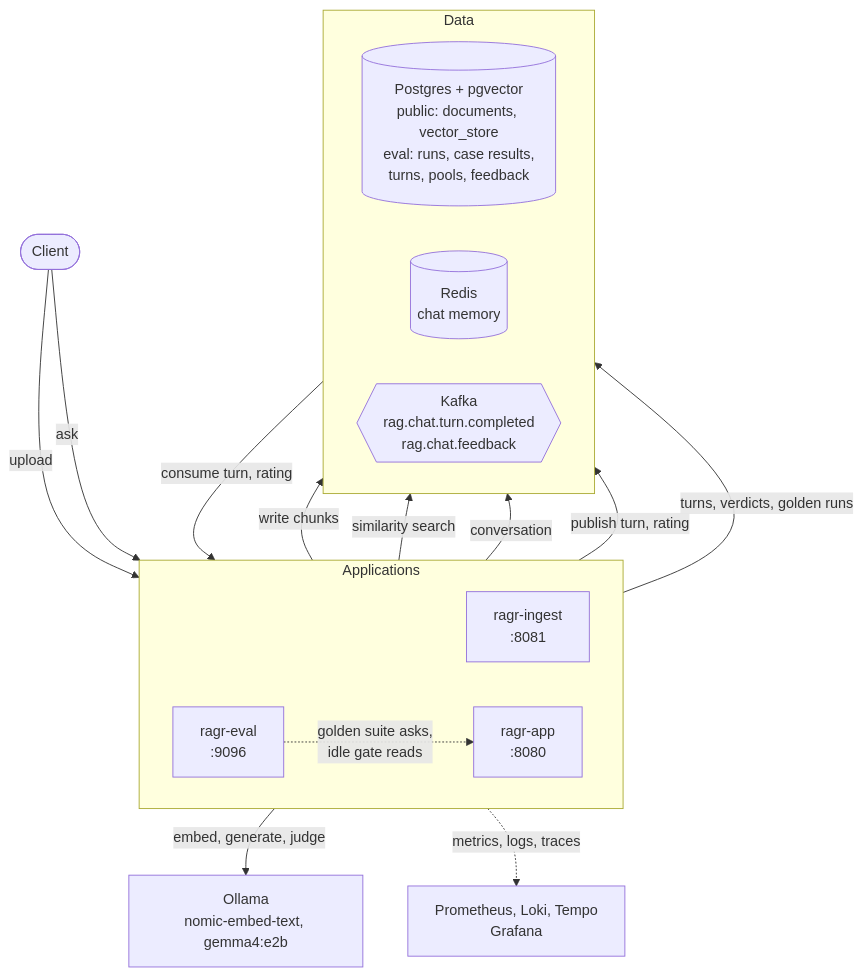
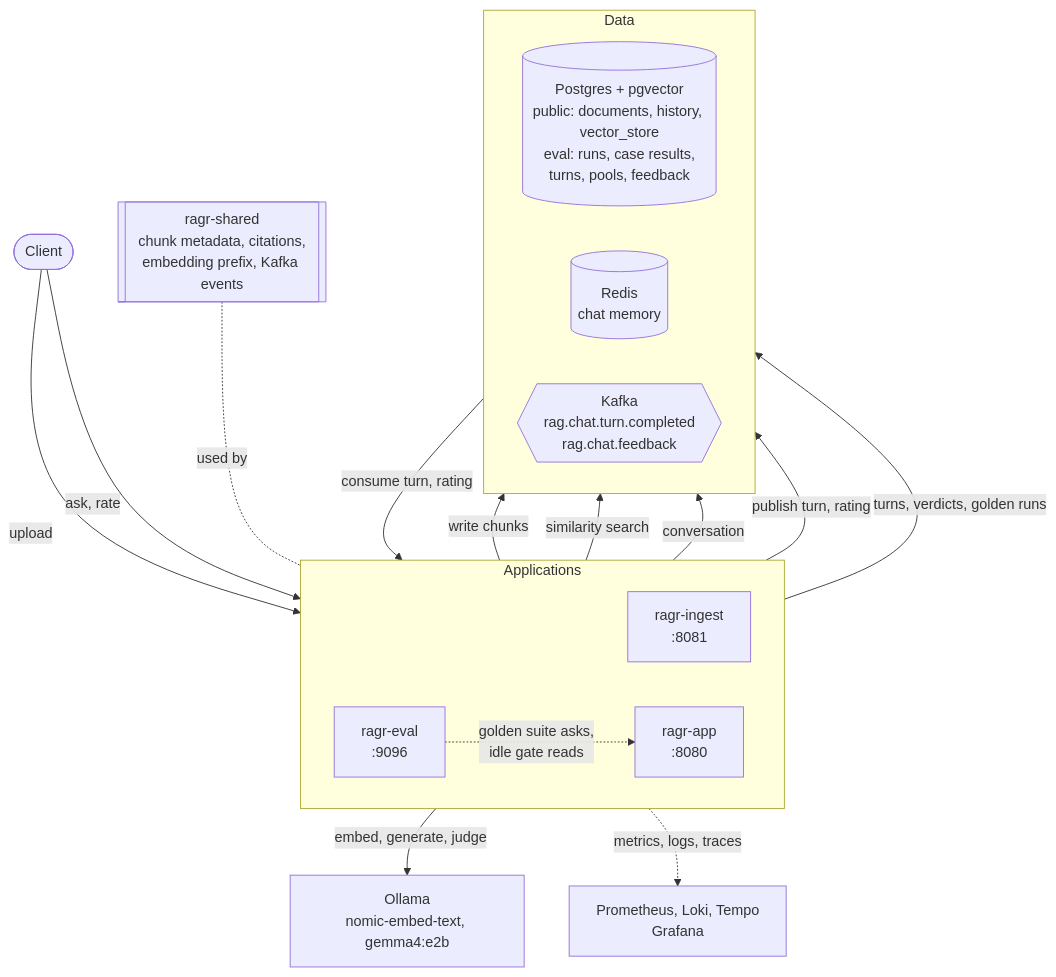
The first of 3 diagrams in README.md (subhanmishra/spring-ai), drawn with Mermaid before and after one commit. The commit also changed other lines of this file and 5 other files, not shown here.

First line of the commit message:
Rewrite the READMEs in plain language, and bring the flow diagrams up to date

````diff
--- a/README.md
+++ b/README.md
@@ -24,33 +48,36 @@
 ```mermaid
 flowchart TB
     user([Client])
 
     subgraph apps [Applications]
         direction LR
         ingest[ragr-ingest<br/>:8081]
         chat[ragr-app<br/>:8080]
         eval[ragr-eval<br/>:9096]
     end
 
+    shared[[ragr-shared<br/>chunk metadata, citations,<br/>embedding prefix, Kafka events]]
+
     subgraph data [Data]
         direction LR
-        pg[(Postgres + pgvector<br/>public: documents, vector_store<br/>eval: runs, case results,<br/>turns, pools, feedback)]
+        pg[(Postgres + pgvector<br/>public: documents, history, vector_store<br/>eval: runs, case results,<br/>turns, pools, feedback)]
         redis[(Redis<br/>chat memory)]
         kafka{{Kafka<br/>rag.chat.turn.completed<br/>rag.chat.feedback}}
     end
 
     ollama[Ollama<br/>nomic-embed-text, gemma4:e2b]
     obs[Prometheus, Loki, Tempo<br/>Grafana]
 
     user -- upload --> ingest
-    user -- ask --> chat
+    user -- ask, rate --> chat
     ingest -- write chunks --> pg
     chat -- similarity search --> pg
     chat -- conversation --> redis
     chat -- publish turn, rating --> kafka
     kafka -- consume turn, rating --> eval
     eval -- turns, verdicts, golden runs --> pg
     eval -. golden suite asks,<br/>idle gate reads .-> chat
     apps -- embed, generate, judge --> ollama
     apps -. metrics, logs, traces .-> obs
+    shared -. used by .- apps
 ```
````
